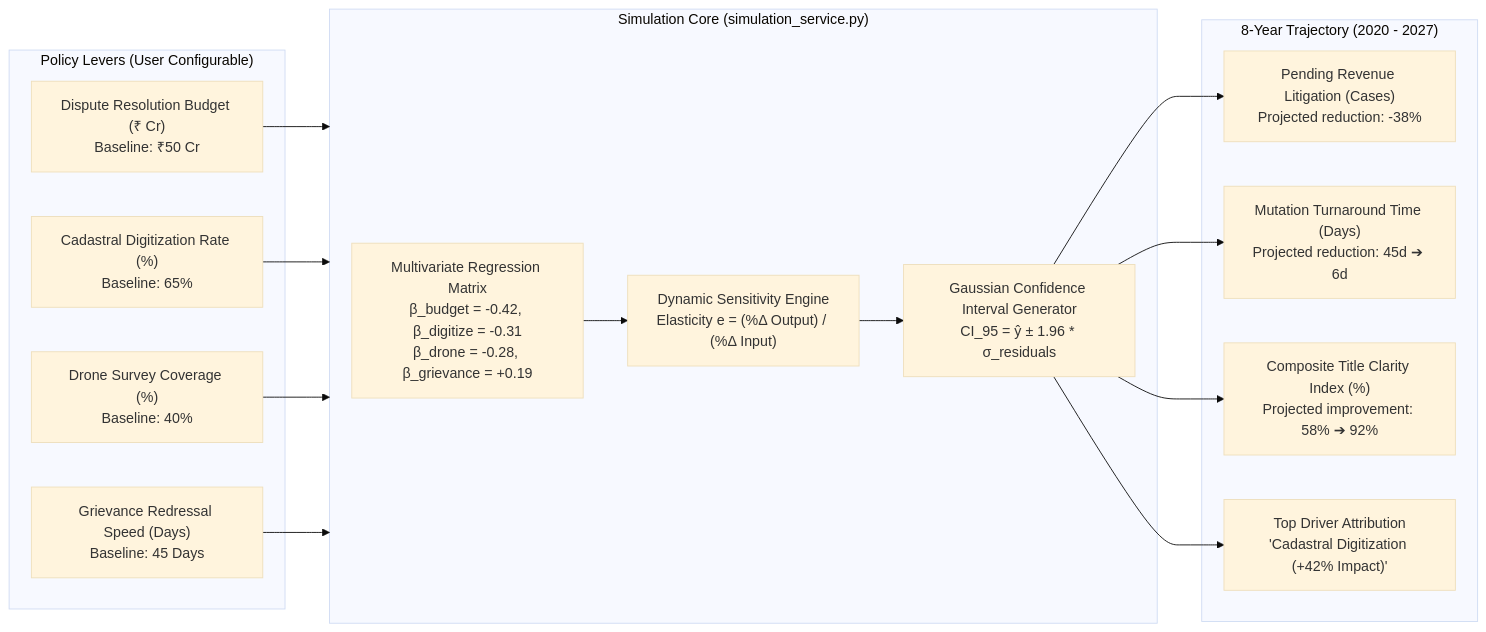
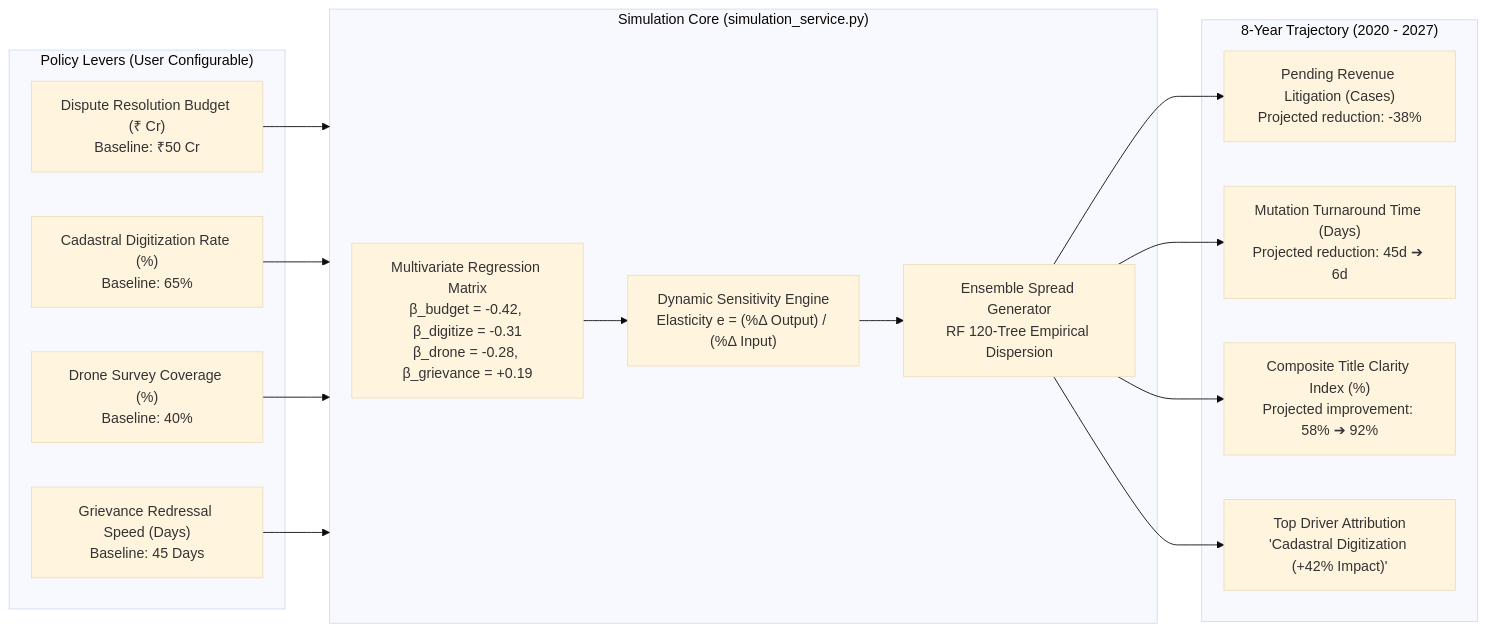
Before and after one commit to ayushjagtap2022/Land-Governance-Platform: the second of 4 diagrams in ARCHITECTURE_AND_CONTEXT_GRAPH.md, drawn with Mermaid (base theme). The commit also changed other lines of this file and 9 other files, not shown here.

Commit message:
docs: overhaul README with architecture diagrams, eval plots, and developer workflows

````diff
--- a/ARCHITECTURE_AND_CONTEXT_GRAPH.md
+++ b/ARCHITECTURE_AND_CONTEXT_GRAPH.md
@@ -70,33 +70,33 @@
 ```mermaid
 flowchart LR
     subgraph Inputs ["Policy Levers (User Configurable)"]
         L1["Dispute Resolution Budget (₹ Cr)<br/>Baseline: ₹50 Cr"]
         L2["Cadastral Digitization Rate (%)<br/>Baseline: 65%"]
         L3["Drone Survey Coverage (%)<br/>Baseline: 40%"]
         L4["Grievance Redressal Speed (Days)<br/>Baseline: 45 Days"]
     end
 
     subgraph Engine ["Simulation Core (simulation_service.py)"]
         M1["Multivariate Regression Matrix<br/>β_budget = -0.42, β_digitize = -0.31<br/>β_drone = -0.28, β_grievance = +0.19"]
         M2["Dynamic Sensitivity Engine<br/>Elasticity e = (%Δ Output) / (%Δ Input)"]
-        M3["Gaussian Confidence Interval Generator<br/>CI_95 = ŷ ± 1.96 * σ_residuals"]
+        M3["Ensemble Spread Generator<br/>RF 120-Tree Empirical Dispersion"]
     end
 
     subgraph Outputs ["8-Year Trajectory (2020 - 2027)"]
         O1["Pending Revenue Litigation (Cases)<br/>Projected reduction: -38%"]
         O2["Mutation Turnaround Time (Days)<br/>Projected reduction: 45d ➔ 6d"]
         O3["Composite Title Clarity Index (%)<br/>Projected improvement: 58% ➔ 92%"]
         O4["Top Driver Attribution<br/>'Cadastral Digitization (+42% Impact)'"]
     end
 
     L1 --> Engine
     L2 --> Engine
     L3 --> Engine
     L4 --> Engine
 
     M1 --> M2 --> M3
     M3 --> O1
     M3 --> O2
     M3 --> O3
     M3 --> O4
 ```
````
